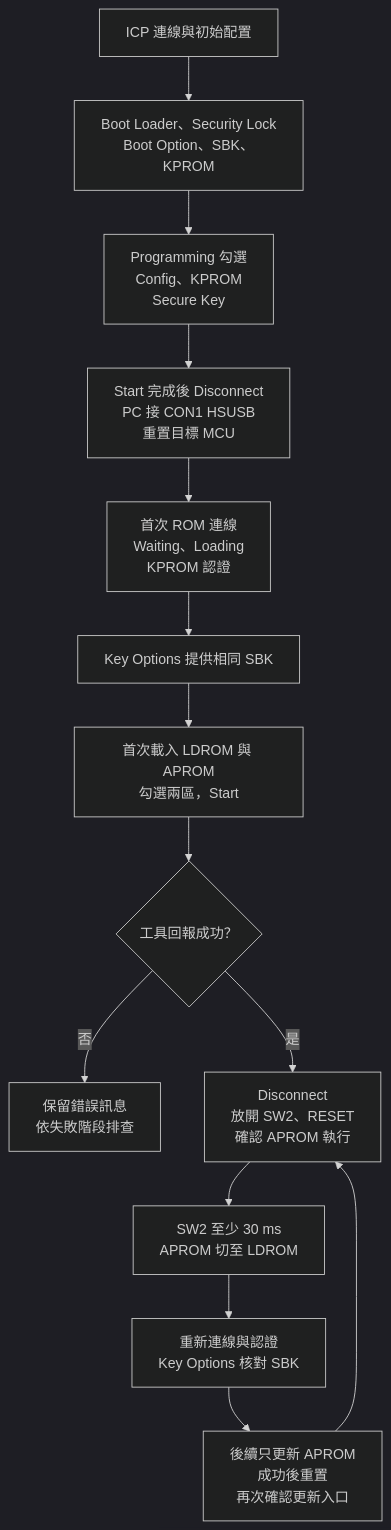
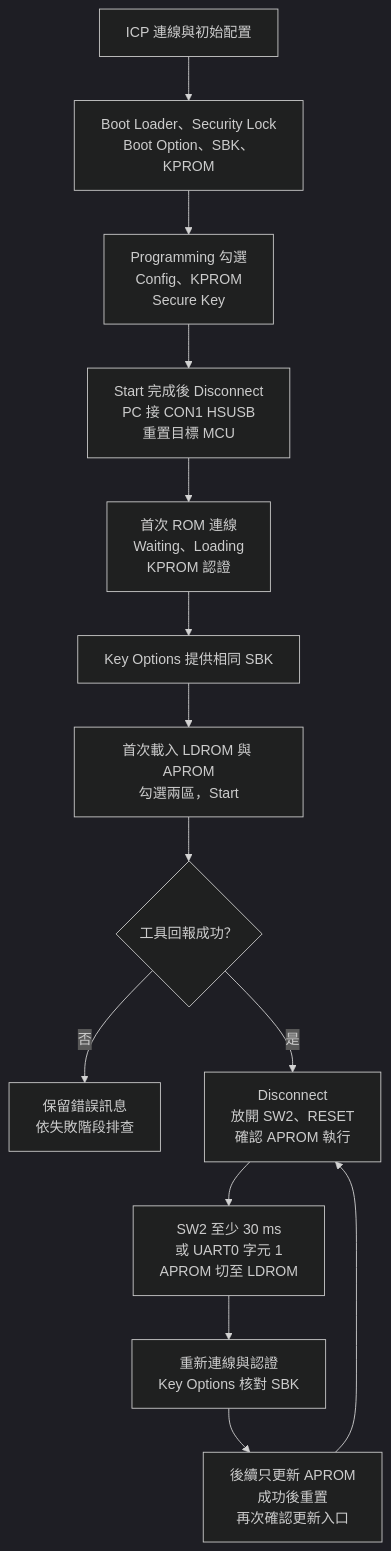
The first of 3 diagrams in index.md (released/slide_Nuvoton_secure_boot_operation_M480), drawn with Mermaid (dark theme) before and after one commit. The commit also changed other lines of this file and 7 other files, not shown here.

````diff
--- a/index.md
+++ b/index.md
@@ -55,16 +165,16 @@
 ```mermaid
 flowchart TD
     A["ICP 連線與初始配置"] --> B["Boot Loader、Security Lock<br/>Boot Option、SBK、KPROM"]
     B --> C["Programming 勾選<br/>Config、KPROM<br/>Secure Key"]
     C --> D["Start 完成後 Disconnect<br/>PC 接 CON1 HSUSB<br/>重置目標 MCU"]
     D --> E["首次 ROM 連線<br/>Waiting、Loading<br/>KPROM 認證"]
     E --> F["Key Options 提供相同 SBK"]
     F --> G["首次載入 LDROM 與 APROM<br/>勾選兩區，Start"]
     G --> H{"工具回報成功？"}
     H -->|否| X["保留錯誤訊息<br/>依失敗階段排查"]
     H -->|是| I["Disconnect<br/>放開 SW2、RESET<br/>確認 APROM 執行"]
-    I --> J["SW2 至少 30 ms<br/>APROM 切至 LDROM"]
+    I --> J["SW2 至少 30 ms<br/>或 UART0 字元 1<br/>APROM 切至 LDROM"]
     J --> K["重新連線與認證<br/>Key Options 核對 SBK"]
     K --> L["後續只更新 APROM<br/>成功後重置<br/>再次確認更新入口"]
     L --> I
 ```
````
